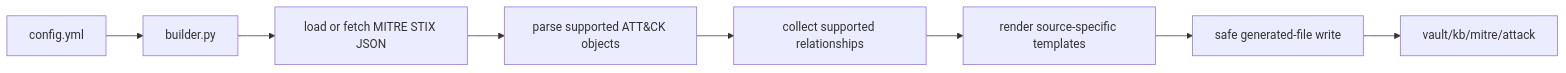
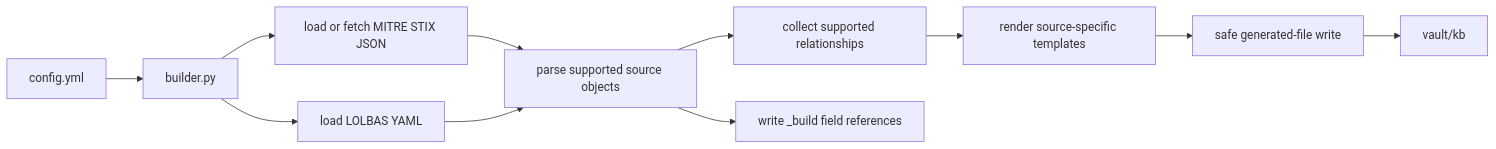
The diagram in README.md (scorchederf/focuslocust), drawn with Mermaid before and after one commit. The commit also changed other lines of this file and 31 other files, not shown here.

````diff
--- a/README.md
+++ b/README.md
@@ -38,10 +41,13 @@
 ```mermaid
 flowchart LR
     Config[config.yml] --> CLI[builder.py]
-    CLI --> Cache[load or fetch MITRE STIX JSON]
-    Cache --> Parser[parse supported ATT&CK objects]
+    CLI --> MITRE[load or fetch MITRE STIX JSON]
+    CLI --> LOLBAS[load LOLBAS YAML]
+    MITRE --> Parser[parse supported source objects]
+    LOLBAS --> Parser
     Parser --> Relations[collect supported relationships]
     Relations --> Render[render source-specific templates]
     Render --> Safety[safe generated-file write]
-    Safety --> Vault[vault/kb/mitre/attack]
+    Safety --> Vault[vault/kb]
+    Parser --> BuildRefs[write _build field references]
 ```
````
